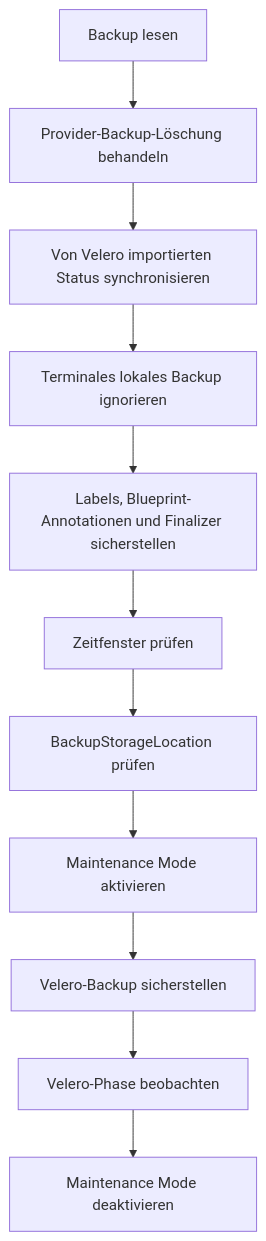
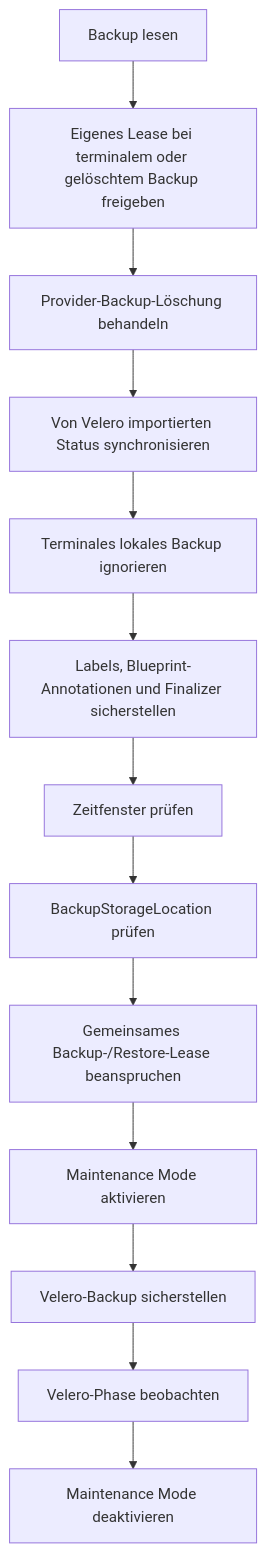
Before and after one commit to cloudogu/k8s-backup-operator: the second of 6 diagrams in docs/development/backup/backup_process_de.MD, drawn with Mermaid. The commit also changed other lines of this file and 19 other files, not shown here.

Commit message:
[129] use lease for backup AND restore

````diff
--- a/docs/development/backup/backup_process_de.MD
+++ b/docs/development/backup/backup_process_de.MD
@@ -77,13 +77,15 @@
 ```mermaid
 flowchart TD
-    A[Backup lesen] --> B[Provider-Backup-Löschung behandeln]
+    A[Backup lesen] --> X[Eigenes Lease bei terminalem oder gelöschtem Backup freigeben]
+    X --> B[Provider-Backup-Löschung behandeln]
     B --> C[Von Velero importierten Status synchronisieren]
     C --> D[Terminales lokales Backup ignorieren]
     D --> E[Labels, Blueprint-Annotationen und Finalizer sicherstellen]
     E --> F[Zeitfenster prüfen]
     F --> G[BackupStorageLocation prüfen]
-    G --> H[Maintenance Mode aktivieren]
+    G --> L[Gemeinsames Backup-/Restore-Lease beanspruchen]
+    L --> H[Maintenance Mode aktivieren]
     H --> I[Velero-Backup sicherstellen]
     I --> J[Velero-Phase beobachten]
     J --> K[Maintenance Mode deaktivieren]
 ```
````
